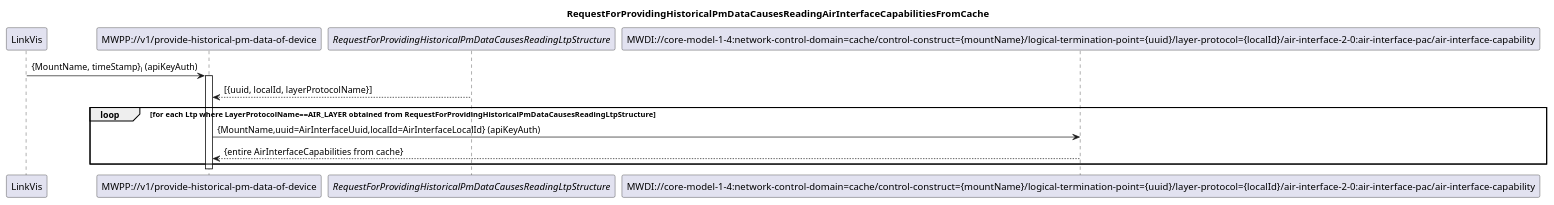
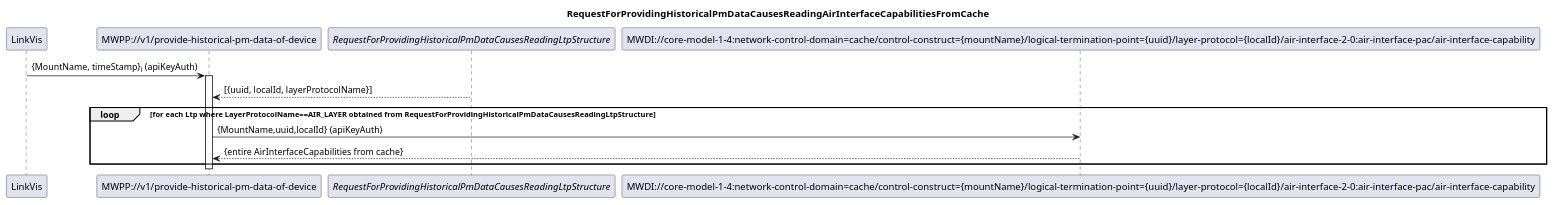
The diagram in spec/diagrams/004_ReadingAirInterfaceCapabilitiesFromCache.plantuml (openBackhaul/MicroWavePerformanceProxy), drawn with PlantUML before and after one commit. The commit also changed 15 other files, not shown here.

Commit message:
Add improvements in diagrams

```diff
--- a/spec/diagrams/004_ReadingAirInterfaceCapabilitiesFromCache.plantuml
+++ b/spec/diagrams/004_ReadingAirInterfaceCapabilitiesFromCache.plantuml
@@ -1,23 +1,23 @@
 @startuml 004_ReadingAirInterfaceCapabilitiesFromCache
 skinparam responseMessageBelowArrow true
 
 title
 RequestForProvidingHistoricalPmDataCausesReadingAirInterfaceCapabilitiesFromCache
 end title
 
 participant "LinkVis" as LinkVis
 participant "MWPP://v1/provide-historical-pm-data-of-device" as MWPP
 participant "<i>RequestForProvidingHistoricalPmDataCausesReadingLtpStructure</i>" as LTPs
 participant "MWDI://core-model-1-4:network-control-domain=cache/control-construct={mountName}/logical-termination-point={uuid}/layer-protocol={localId}/air-interface-2-0:air-interface-pac/air-interface-capability" as AirInterfaceCapa
 
 LinkVis -> MWPP: {MountName, timeStamp}<sub>i</sub> (apiKeyAuth)
 activate MWPP
 LTPs --> MWPP: [{uuid, localId, layerProtocolName}]
 
 loop for each Ltp where LayerProtocolName==AIR_LAYER obtained from RequestForProvidingHistoricalPmDataCausesReadingLtpStructure
-    MWPP -> AirInterfaceCapa: {MountName,uuid=AirInterfaceUuid,localId=AirInterfaceLocalId} (apiKeyAuth)
+    MWPP -> AirInterfaceCapa: {MountName,uuid,localId} (apiKeyAuth)
     AirInterfaceCapa --> MWPP: {entire AirInterfaceCapabilities from cache}
 end
 deactivate MWPP
 
 @enduml
```
